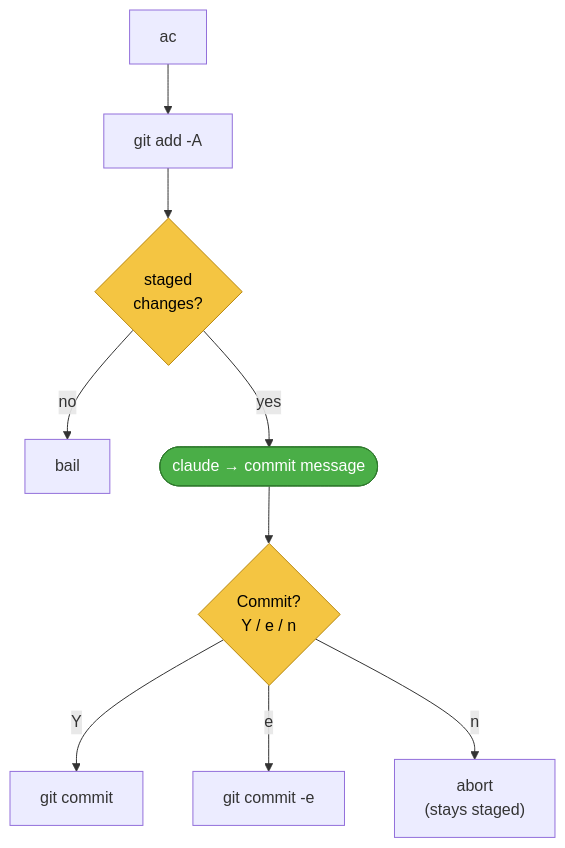
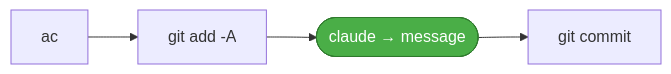
Before and after one commit to Guernik/fish-ai-git: the first of 2 diagrams in README.md, drawn with Mermaid. The commit also changed other lines of this file, not shown here.

Commit message:
docs: simplify ac/ghpr flowcharts to a linear 4-step flow
Drop the decision diamonds and branch labels; show just the happy path
(command → git → claude → git) as a single horizontal line, keeping the
green highlight on the claude step.

````diff
--- a/README.md
+++ b/README.md
@@ -76,16 +76,6 @@
 ```mermaid
-flowchart TD
-    A["ac"] --> B["git add -A"]
-    B --> C{"staged<br/>changes?"}
-    C -->|no| X["bail"]
-    C -->|yes| D(["claude → commit message"])
-    D --> E{"Commit?<br/>Y / e / n"}
-    E -->|Y| F["git commit"]
-    E -->|e| G["git commit -e"]
-    E -->|n| H["abort<br/>(stays staged)"]
-
+flowchart LR
+    A["ac"] --> B["git add -A"] --> C(["claude → message"]) --> D["git commit"]
     classDef ai fill:#4AAE47,stroke:#2f7a2d,color:#fff;
-    classDef ask fill:#f4c542,stroke:#b8860b,color:#000;
-    class D ai;
-    class C,E ask;
+    class C ai;
 ```
````
